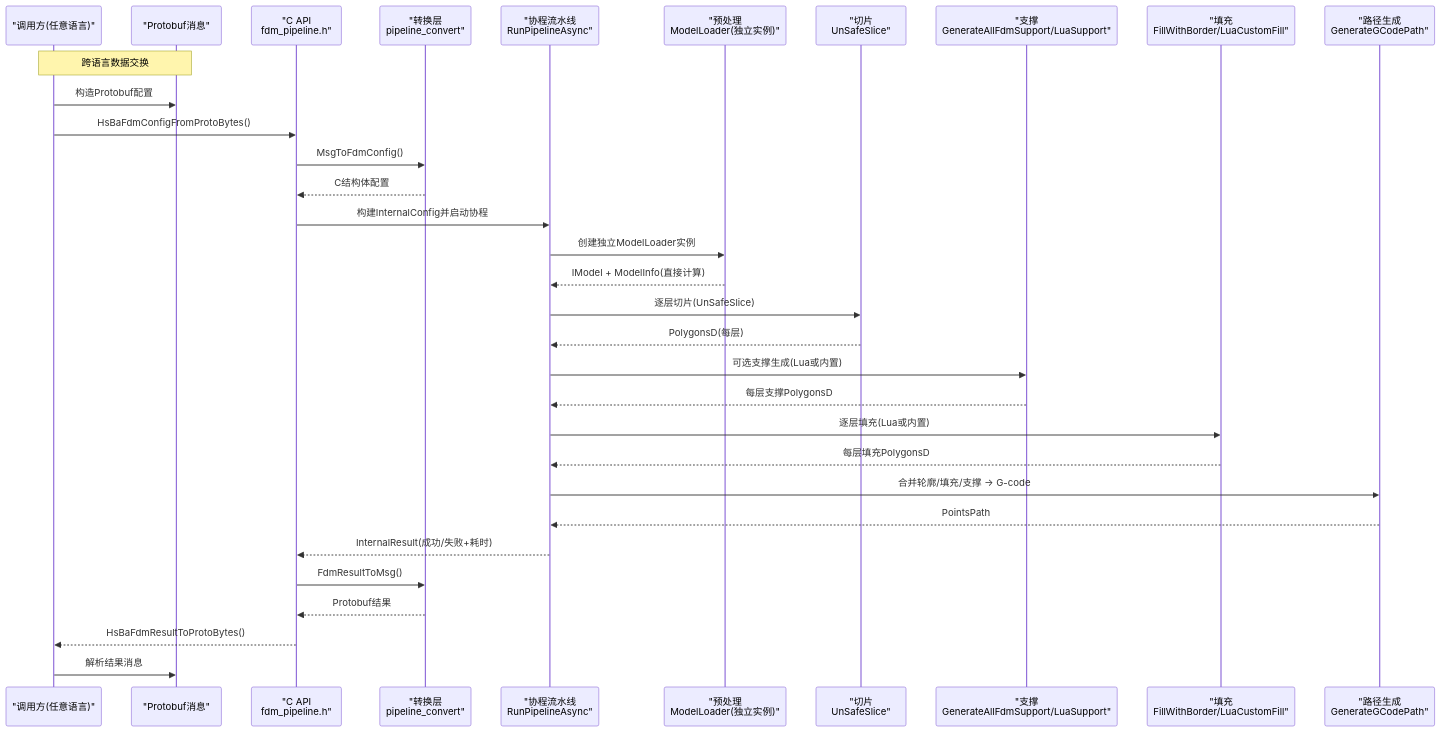
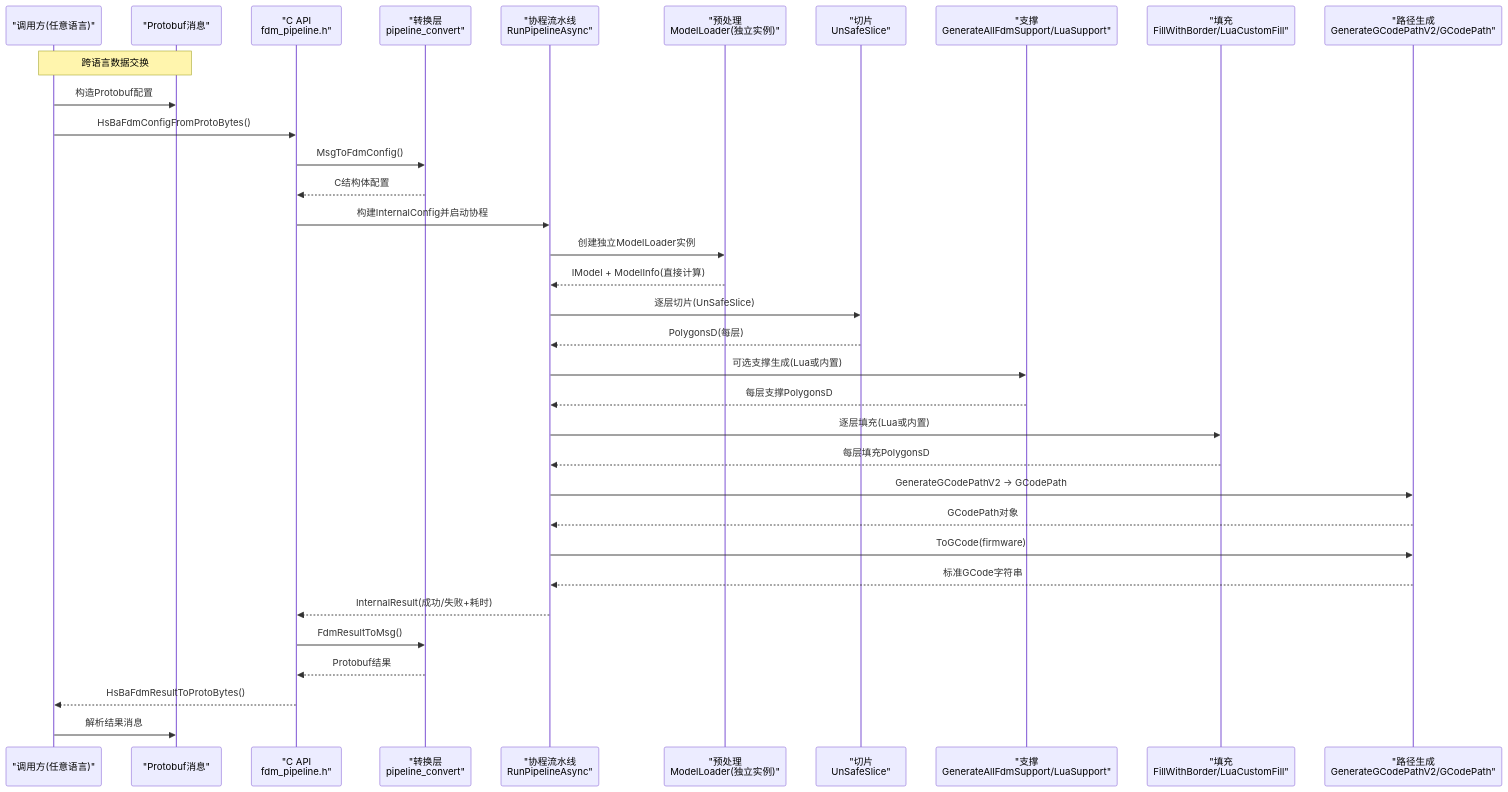
One commit to hsmbanlance/HsBaSlicer changed the second of 11 diagrams in .qoder/repowiki/zh/content/核心模块详解/FDM打印流水线.md. Above: the diagram before and after it, drawn with Mermaid. The commit also changed other lines of this file and 9 other files, not shown here.

````diff
--- a/.qoder/repowiki/zh/content/核心模块详解/FDM打印流水线.md
+++ b/.qoder/repowiki/zh/content/核心模块详解/FDM打印流水线.md
@@ -126,34 +133,36 @@
 ```mermaid
 sequenceDiagram
 participant App as "调用方(任意语言)"
 participant Proto as "Protobuf消息"
 participant CAPI as "C API<br/>fdm_pipeline.h"
 participant Convert as "转换层<br/>pipeline_convert"
 participant Pipe as "协程流水线<br/>RunPipelineAsync"
 participant Pre as "预处理<br/>ModelLoader(独立实例)"
 participant Slice as "切片<br/>UnSafeSlice"
 participant Sup as "支撑<br/>GenerateAllFdmSupport/LuaSupport"
 participant Fill as "填充<br/>FillWithBorder/LuaCustomFill"
-participant Path as "路径生成<br/>GenerateGCodePath"
+participant Path as "路径生成<br/>GenerateGCodePathV2/GCodePath"
 Note over App,Proto : 跨语言数据交换
 App->>Proto : 构造Protobuf配置
 App->>CAPI : HsBaFdmConfigFromProtoBytes()
 CAPI->>Convert : MsgToFdmConfig()
 Convert-->>CAPI : C结构体配置
 CAPI->>Pipe : 构建InternalConfig并启动协程
 Pipe->>Pre : 创建独立ModelLoader实例
 Pre-->>Pipe : IModel + ModelInfo(直接计算)
 Pipe->>Slice : 逐层切片(UnSafeSlice)
 Slice-->>Pipe : PolygonsD(每层)
 Pipe->>Sup : 可选支撑生成(Lua或内置)
 Sup-->>Pipe : 每层支撑PolygonsD
 Pipe->>Fill : 逐层填充(Lua或内置)
 Fill-->>Pipe : 每层填充PolygonsD
-Pipe->>Path : 合并轮廓/填充/支撑 -> G-code
-Path-->>Pipe : PointsPath
+Pipe->>Path : GenerateGCodePathV2 -> GCodePath
+Path-->>Pipe : GCodePath对象
+Pipe->>Path : ToGCode(firmware)
+Path-->>Pipe : 标准GCode字符串
 Pipe-->>CAPI : InternalResult(成功/失败+耗时)
 CAPI->>Convert : FdmResultToMsg()
 Convert-->>CAPI : Protobuf结果
 CAPI-->>App : HsBaFdmResultToProtoBytes()
 App->>Proto : 解析结果消息
 ```
````
